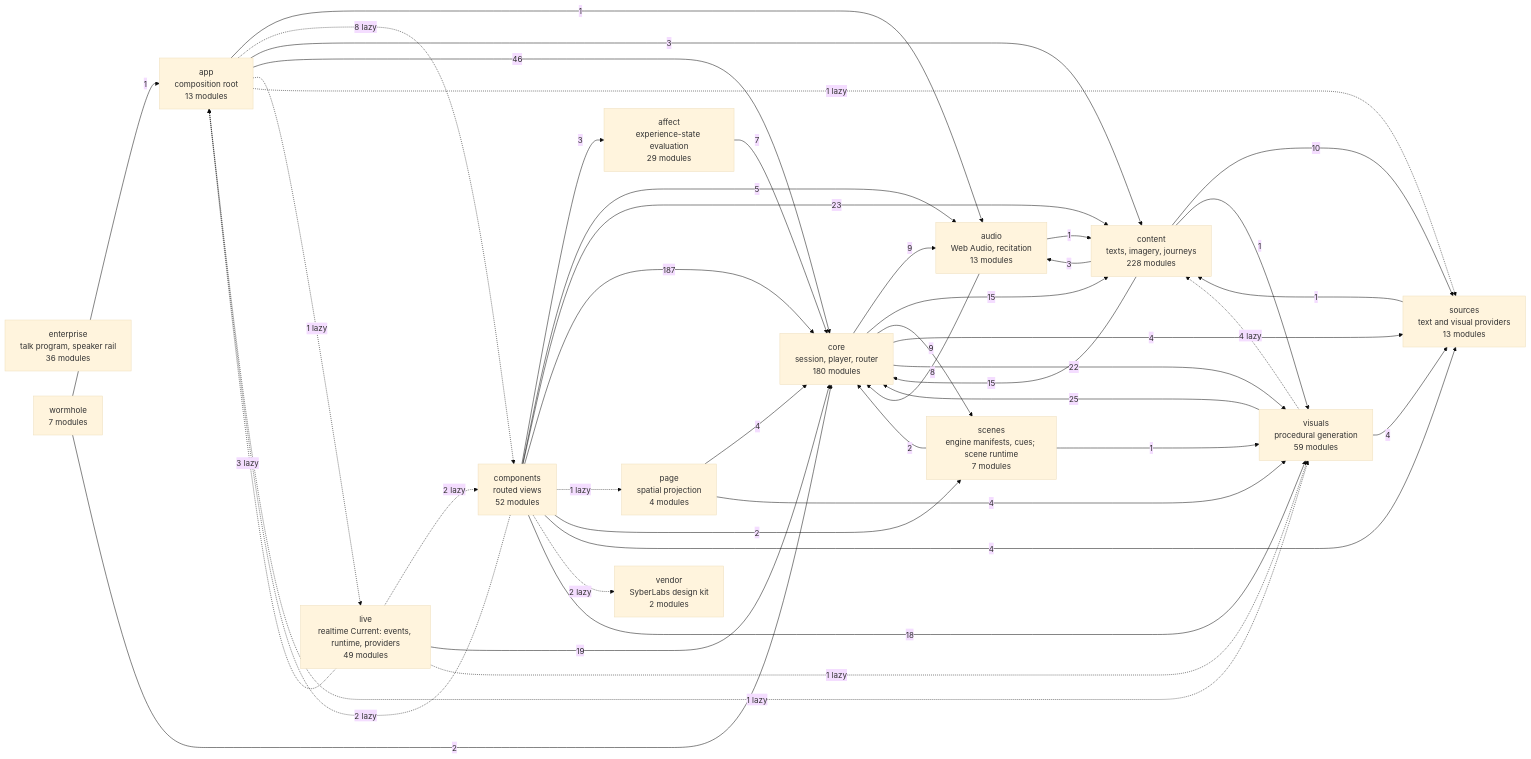
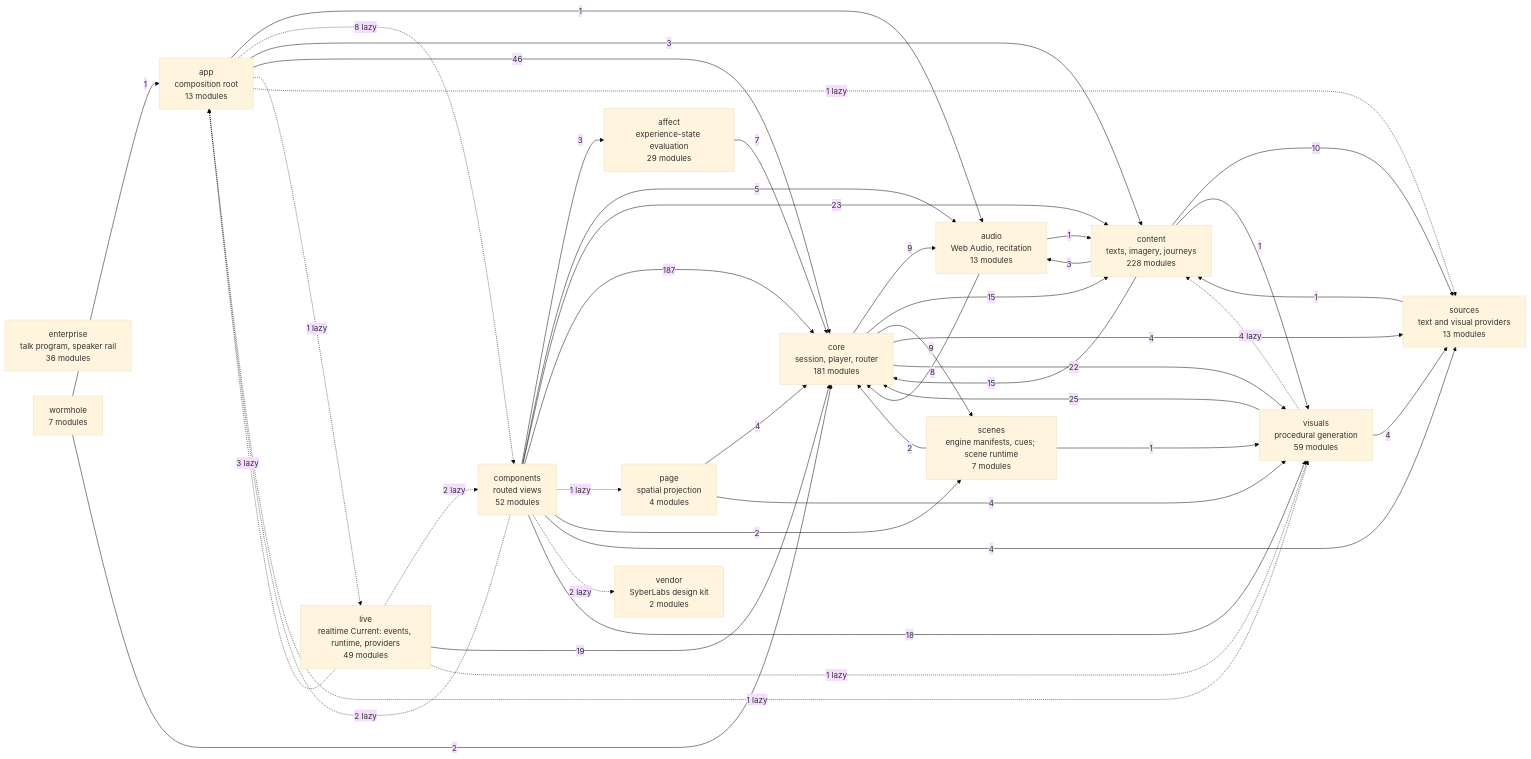
Before and after one commit to SyberLabs/RISE: the diagram in docs/specs/ARCHITECTURE.md, drawn with Mermaid (base theme).

Commit message:
CC-008: the diagram after the rebase onto the deploy fix

````diff
--- a/docs/specs/ARCHITECTURE.md
+++ b/docs/specs/ARCHITECTURE.md
@@ -154,61 +154,61 @@
 ```mermaid
 flowchart LR
     affect["affect<br/>experience-state evaluation<br/>29 modules"]
     app["app<br/>composition root<br/>13 modules"]
     audio["audio<br/>Web Audio, recitation<br/>13 modules"]
     components["components<br/>routed views<br/>52 modules"]
     content["content<br/>texts, imagery, journeys<br/>228 modules"]
-    core["core<br/>session, player, router<br/>180 modules"]
+    core["core<br/>session, player, router<br/>181 modules"]
     enterprise["enterprise<br/>talk program, speaker rail<br/>36 modules"]
     live["live<br/>realtime Current: events, runtime, providers<br/>49 modules"]
     page["page<br/>spatial projection<br/>4 modules"]
     scenes["scenes<br/>engine manifests, cues; scene runtime<br/>7 modules"]
     sources["sources<br/>text and visual providers<br/>13 modules"]
     vendor["vendor<br/>SyberLabs design kit<br/>2 modules"]
     visuals["visuals<br/>procedural generation<br/>59 modules"]
     wormhole["wormhole<br/>7 modules"]
 
     affect --> |7| core
     app --> |1| audio
     app -.-> |8 lazy| components
     app --> |3| content
     app --> |46| core
     app -.-> |1 lazy| live
     app -.-> |1 lazy| sources
     app -.-> |1 lazy| visuals
     audio --> |1| content
     audio --> |8| core
     components --> |3| affect
     components -.-> |2 lazy| app
     components --> |5| audio
     components --> |23| content
     components --> |187| core
     components -.-> |1 lazy| page
     components --> |2| scenes
     components --> |4| sources
     components -.-> |2 lazy| vendor
     components --> |18| visuals
     content --> |3| audio
     content --> |15| core
     content --> |10| sources
     content --> |1| visuals
     core --> |9| audio
     core --> |15| content
     core --> |9| scenes
     core --> |4| sources
     core --> |22| visuals
     live -.-> |3 lazy| app
     live -.-> |2 lazy| components
     live --> |19| core
     live -.-> |1 lazy| visuals
     page --> |4| core
     page --> |4| visuals
     scenes --> |2| core
     scenes --> |1| visuals
     sources --> |1| content
     visuals -.-> |4 lazy| content
     visuals --> |25| core
     visuals --> |4| sources
     wormhole --> |1| app
     wormhole --> |2| core
 ```
````
